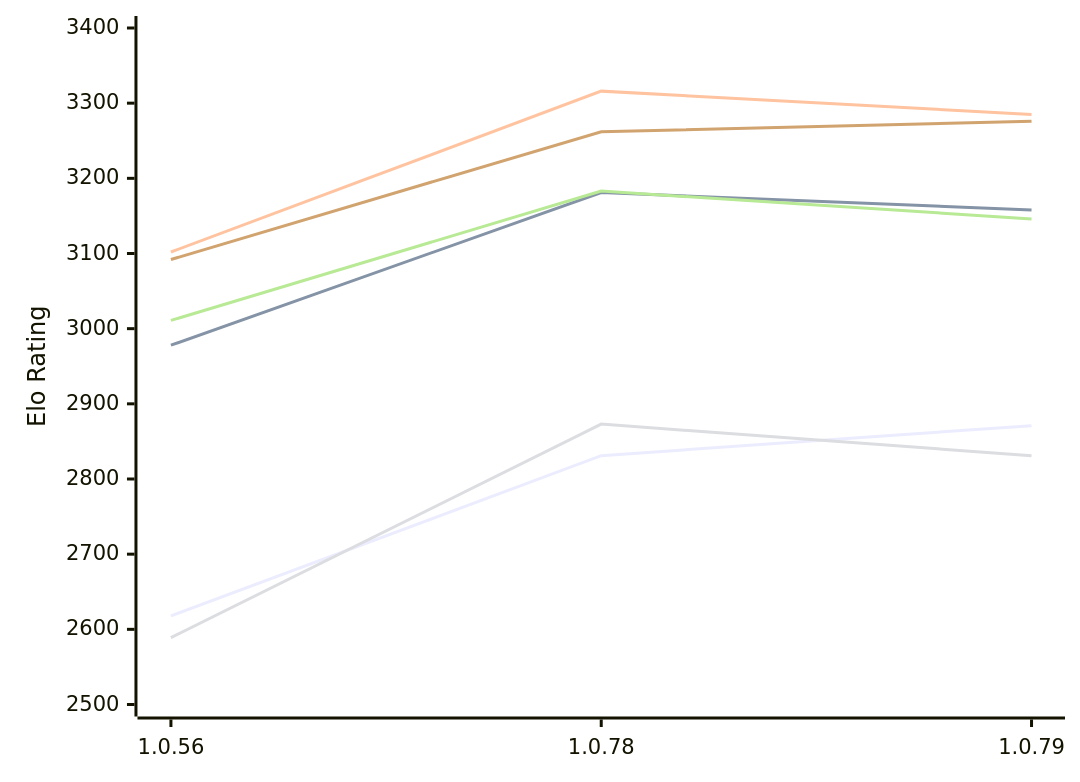
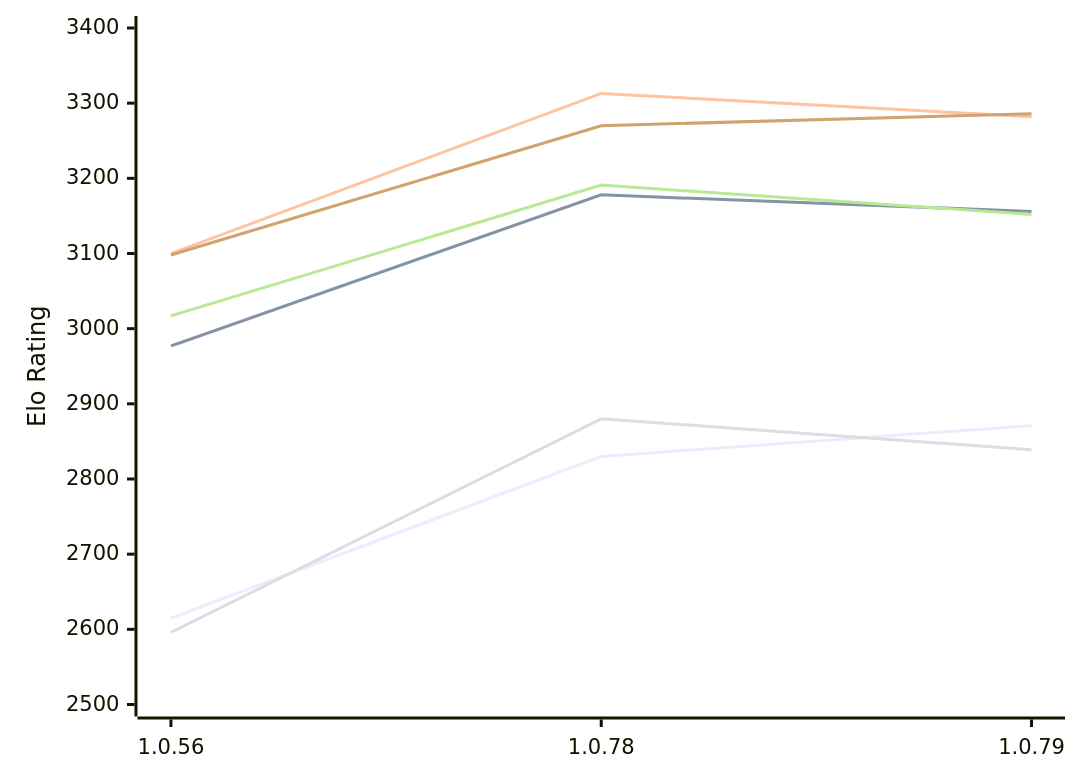
One commit to computer-chess-index/cci changed the first of 2 diagrams in engines/RustyRival.md. Above: the diagram before and after it, drawn with Mermaid. The commit also changed other lines of this file, not shown here.

Commit message:
Update CCI Ratings (ELO VLTC) - 2026-11-23

````diff
--- a/engines/RustyRival.md
+++ b/engines/RustyRival.md
@@ -65,12 +65,12 @@
 ```mermaid
 %%{init: {"theme":"base","themeVariables":{"seriesColors:['#a3a3a3','#222221','#faa371']}}}%%
 xychart-beta
   x-axis ["1.0.56", "1.0.78", "1.0.79"]
   y-axis "Elo Rating" 2500 --> 3400
-  line "E1: STC (8.0+0.08s)" [2618, 2831, 2871]
-  line "E1: LTC (60.0+0.60s)" [2978, 3181, 3158]
-  line "E1: VLTC (2m24s+1.12s)" [3102, 3316, 3285]
-  line "P1: STC (8.0+0.08s)" [2589, 2873, 2831]
-  line "P1: LTC (60.0+0.60s)" [3011, 3183, 3146]
-  line "P1: VLTC (2m24s+1.12s)" [3092, 3262, 3276]
+  line "E1: STC (8.0+0.08s)" [2615, 2830, 2871]
+  line "E1: LTC (60.0+0.60s)" [2977, 3178, 3156]
+  line "E1: VLTC (2m24s+1.12s)" [3100, 3313, 3282]
+  line "P1: STC (8.0+0.08s)" [2596, 2880, 2839]
+  line "P1: LTC (60.0+0.60s)" [3017, 3191, 3152]
+  line "P1: VLTC (2m24s+1.12s)" [3098, 3270, 3286]
 ```
````
